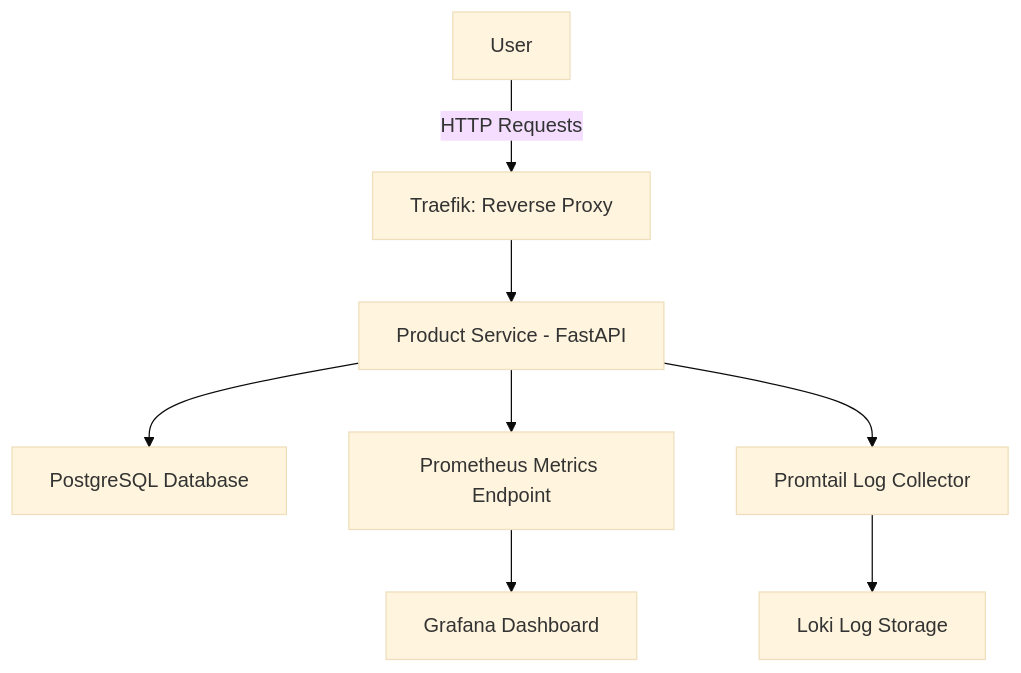
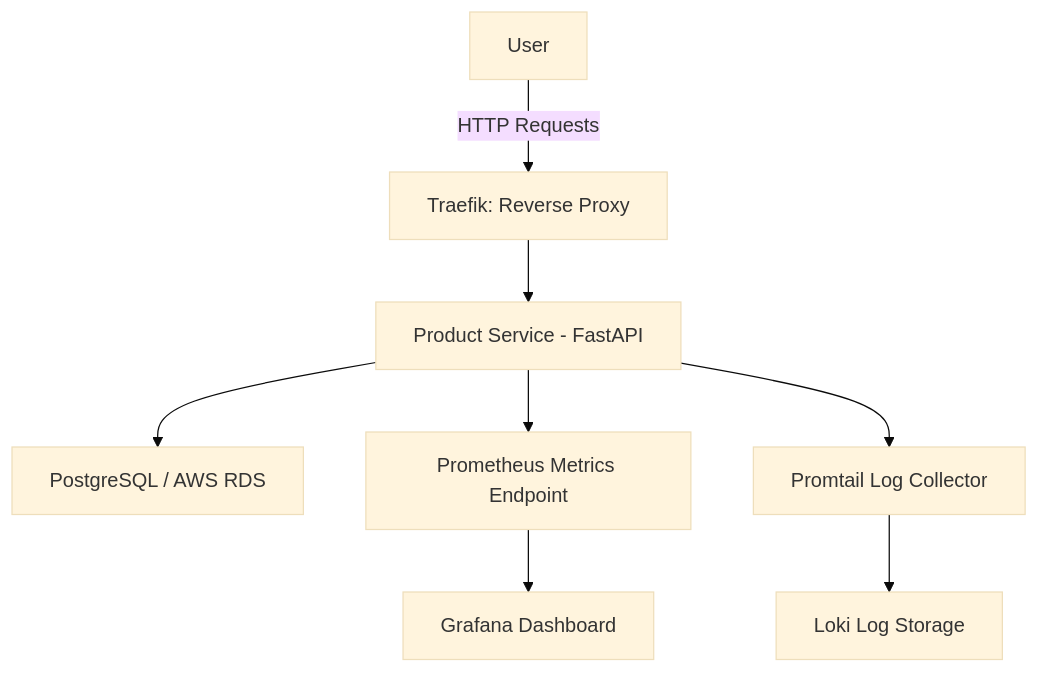
One commit to IsaacRomanSerrano/Dockerized-App changed the diagram in README.md. Above: the diagram before and after it, drawn with Mermaid (base theme). The commit also changed other lines of this file, not shown here.

````diff
--- a/README.md
+++ b/README.md
@@ -44,10 +53,10 @@
 ```mermaid
 graph TD
     A[User] -->|HTTP Requests| B[Traefik: Reverse Proxy]
     B --> C[Product Service - FastAPI]
-    C --> D[PostgreSQL Database]
+    C --> D[PostgreSQL / AWS RDS]
     C --> E[Prometheus Metrics Endpoint]
     E --> F[Grafana Dashboard]
     C --> G[Promtail Log Collector]
     G --> H[Loki Log Storage]
 ```
````
